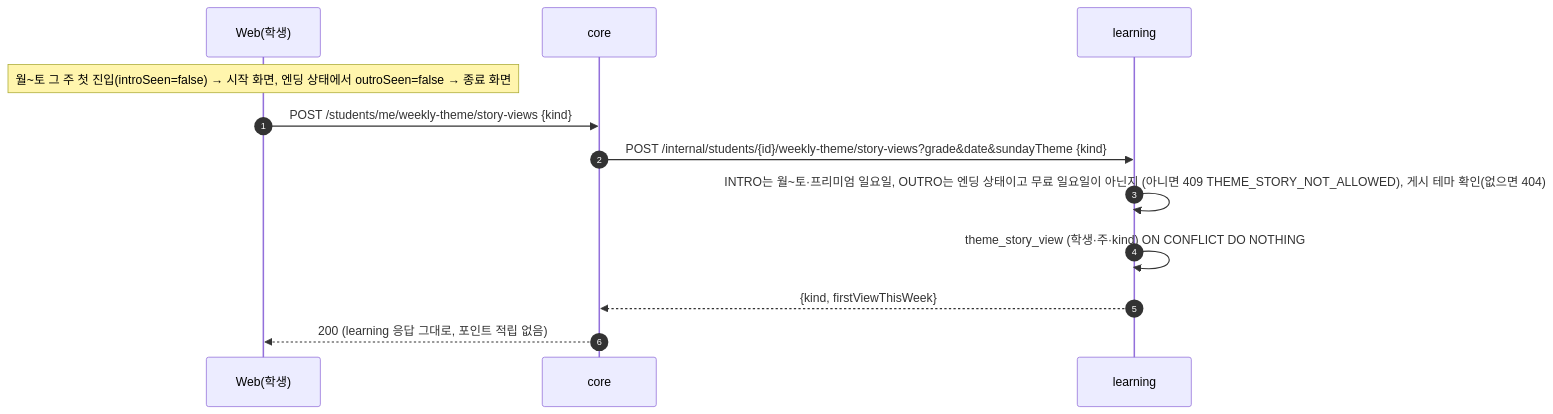
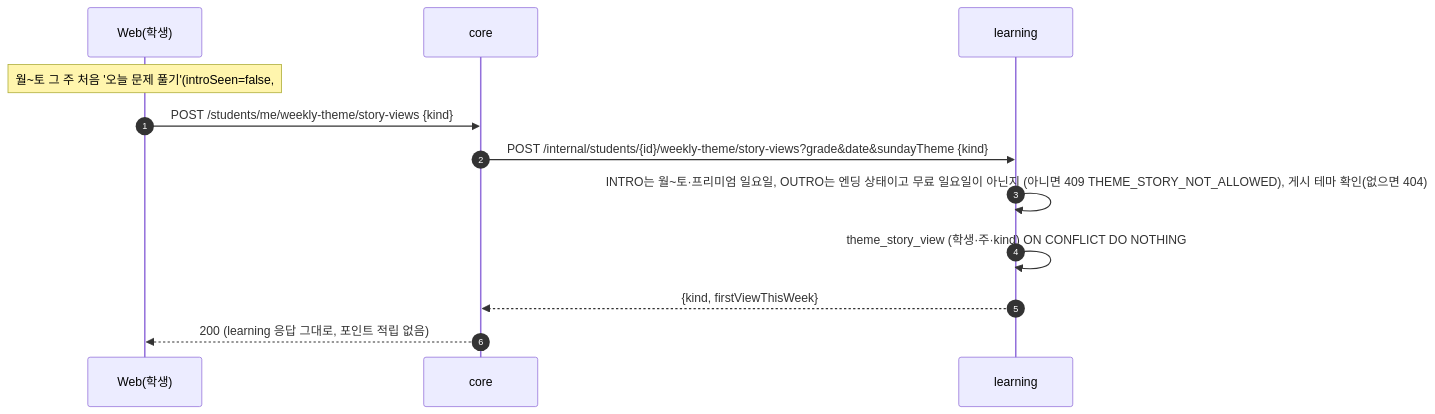
One commit to SKNETWORKS-FAMILY-AICAMP/SKN34-FINAL-3TEAM changed diagram 20 of 41 in docs/design/sequence-diagram.md. Above: the diagram before and after it, drawn with Mermaid. The commit also changed 9 other files, not shown here.

````diff
--- a/docs/design/sequence-diagram.md
+++ b/docs/design/sequence-diagram.md
@@ -791,15 +791,15 @@
 ```mermaid
 sequenceDiagram
   autonumber
   participant W as Web(학생)
   participant C as core
   participant L as learning
 
-  Note over W: 월~토 그 주 첫 진입(introSeen=false) → 시작 화면, 엔딩 상태에서 outroSeen=false → 종료 화면
+  Note over W: 월~토 그 주 처음 '오늘 문제 풀기'(introSeen=false, #589) → 시작 화면, 엔딩 상태에서 outroSeen=false → 종료 화면
   W->>C: POST /students/me/weekly-theme/story-views {kind}
   C->>L: POST /internal/students/{id}/weekly-theme/story-views?grade&date&sundayTheme {kind}
   L->>L: INTRO는 월~토·프리미엄 일요일, OUTRO는 엔딩 상태이고 무료 일요일이 아닌지 (아니면 409 THEME_STORY_NOT_ALLOWED), 게시 테마 확인(없으면 404)
   L->>L: theme_story_view (학생·주·kind) ON CONFLICT DO NOTHING
   L-->>C: {kind, firstViewThisWeek}
   C-->>W: 200 (learning 응답 그대로, 포인트 적립 없음)
 ```
````
